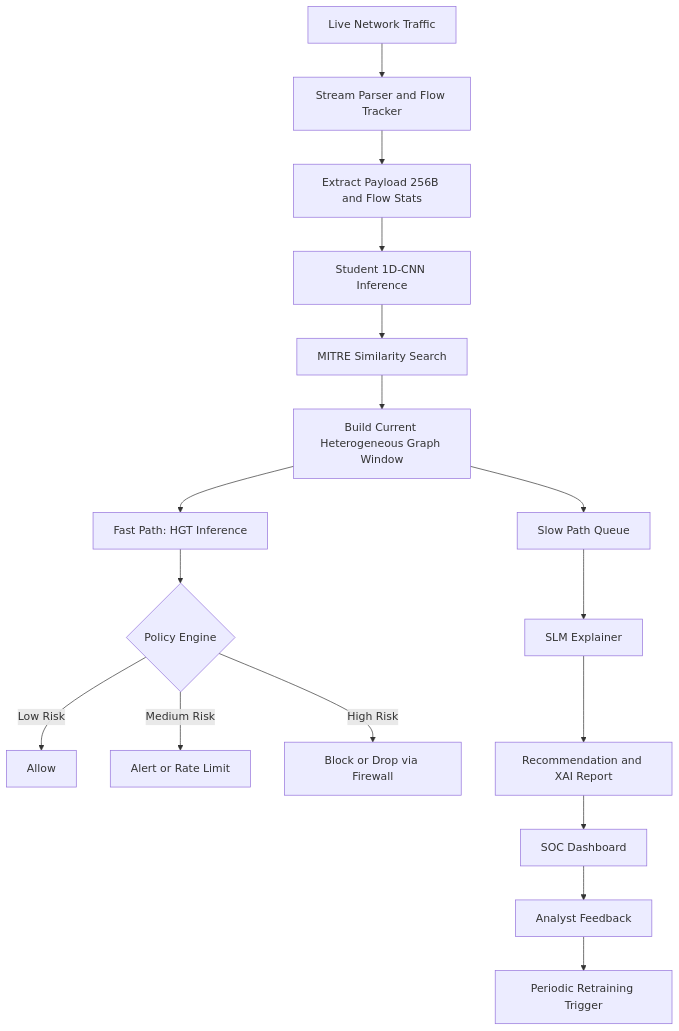
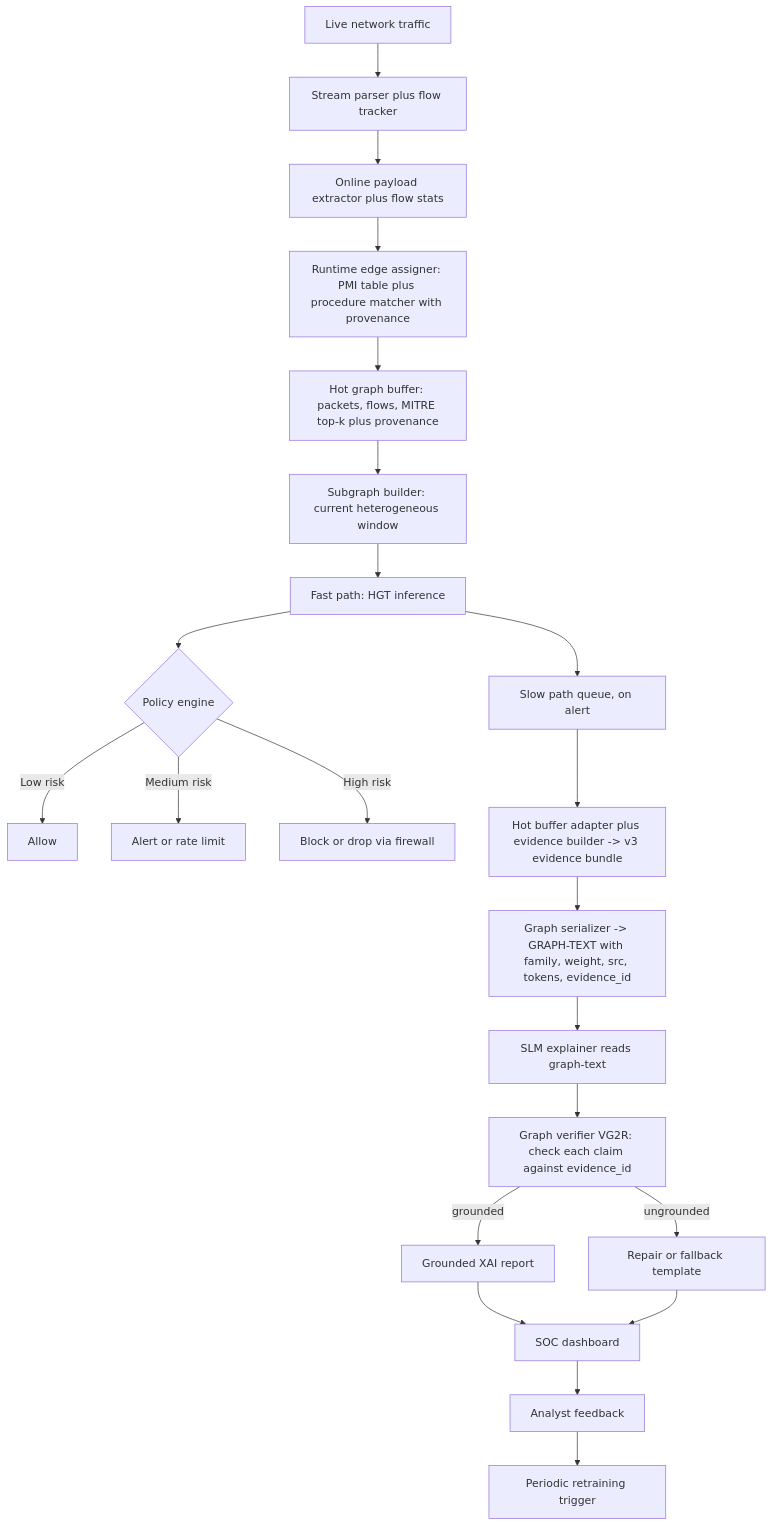
One commit to LeThanhPhat-ATTT2023/Do-an-chuyen-nganh_NT114 changed the second of 2 diagrams in docs/architecture/system_execution_flows.md. Above: the diagram before and after it, drawn with Mermaid. The commit also changed other lines of this file and 10 other files, not shown here.

First line of the commit message:
docs: realign architecture/design docs to v3_ob pipeline

````diff
--- a/docs/architecture/system_execution_flows.md
+++ b/docs/architecture/system_execution_flows.md
@@ -26,21 +46,26 @@
 ```mermaid
 flowchart TD
-    A[Live Network Traffic] --> B[Stream Parser and Flow Tracker]
-    B --> C[Extract Payload 256B and Flow Stats]
-    C --> D[Student 1D-CNN Inference]
-    D --> E[MITRE Similarity Search]
-    E --> F[Build Current Heterogeneous Graph Window]
+    A[Live network traffic] --> B[Stream parser plus flow tracker]
+    B --> C[Online payload extractor plus flow stats]
+    C --> D[Runtime edge assigner: PMI table plus procedure matcher with provenance]
+    D --> E[Hot graph buffer: packets, flows, MITRE top-k plus provenance]
+    E --> F[Subgraph builder: current heterogeneous window]
 
-    F --> G[Fast Path: HGT Inference]
-    G --> H{Policy Engine}
-    H -->|Low Risk| I[Allow]
-    H -->|Medium Risk| J[Alert or Rate Limit]
-    H -->|High Risk| K[Block or Drop via Firewall]
+    F --> G[Fast path: HGT inference]
+    G --> H{Policy engine}
+    H -->|Low risk| I[Allow]
+    H -->|Medium risk| J[Alert or rate limit]
+    H -->|High risk| K[Block or drop via firewall]
 
-    F --> L[Slow Path Queue]
-    L --> M[SLM Explainer]
-    M --> N[Recommendation and XAI Report]
-    N --> O[SOC Dashboard]
-    O --> P[Analyst Feedback]
-    P --> Q[Periodic Retraining Trigger]
+    G --> L[Slow path queue, on alert]
+    L --> M[Hot buffer adapter plus evidence builder -> v3 evidence bundle]
+    M --> N[Graph serializer -> GRAPH-TEXT with family, weight, src, tokens, evidence_id]
+    N --> O[SLM explainer reads graph-text]
+    O --> P[Graph verifier VG2R: check each claim against evidence_id]
+    P -->|grounded| Q[Grounded XAI report]
+    P -->|ungrounded| R[Repair or fallback template]
+    Q --> S[SOC dashboard]
+    R --> S
+    S --> T[Analyst feedback]
+    T --> U[Periodic retraining trigger]
 ```
````
